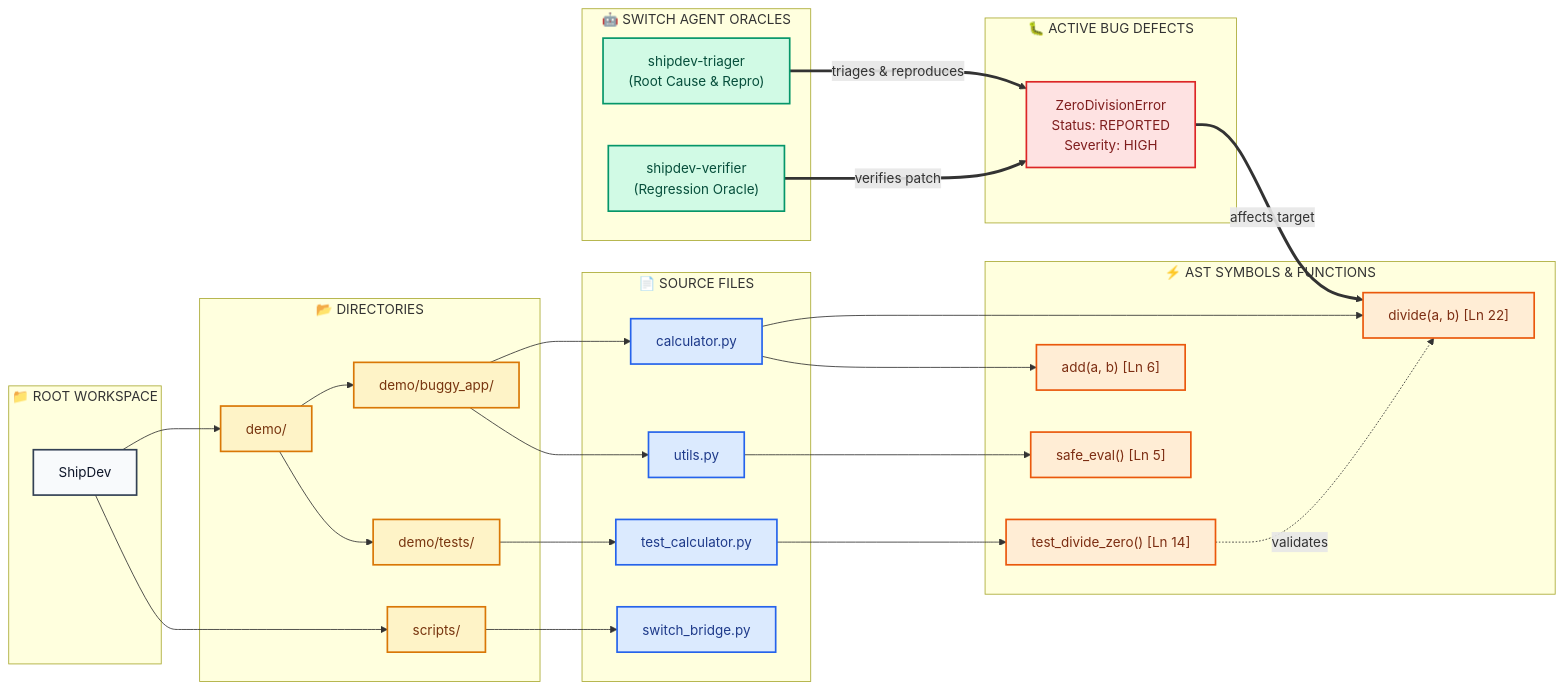
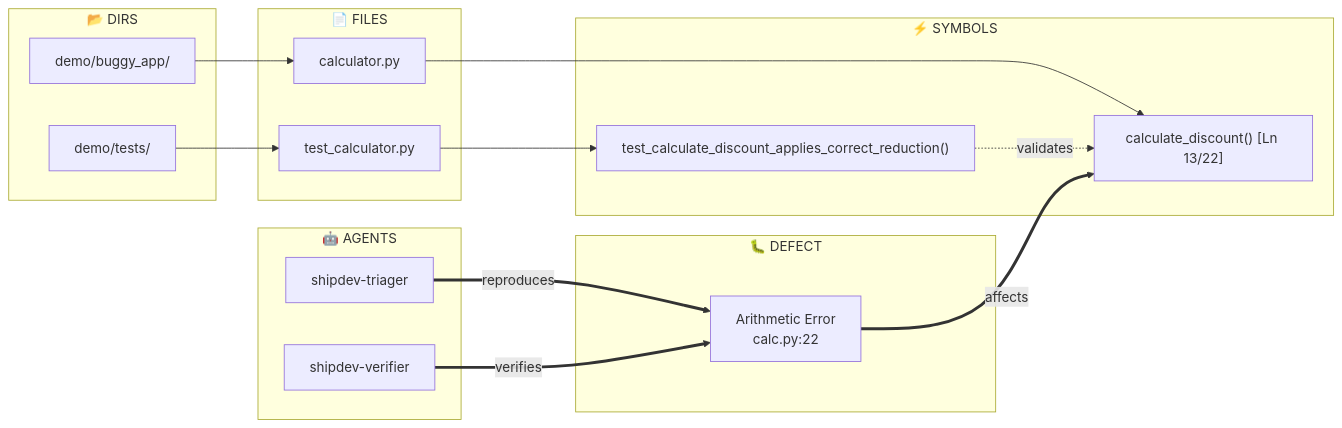
The second of 3 diagrams in README.md (prathamxeth/ShipDev), drawn with Mermaid before and after one commit. The commit also changed other lines of this file, not shown here.

Commit message:
docs: add WeMakeDevs Flip the Switch judge walkthrough to README under 2000 words

````diff
--- a/README.md
+++ b/README.md
@@ -124,71 +104,29 @@
 ```mermaid
 graph LR
-    subgraph L0["📁 ROOT WORKSPACE"]
-        ROOT["ShipDev"]
+    subgraph L1["📂 DIRS"]
+        BUGGY["demo/buggy_app/"]
+        TESTS["demo/tests/"]
+    end
+    subgraph L2["📄 FILES"]
+        CALC["calculator.py"]
+        TEST_CALC["test_calculator.py"]
+    end
+    subgraph L3["⚡ SYMBOLS"]
+        DISC["calculate_discount() [Ln 13/22]"]
+        TEST_D["test_calculate_discount_applies_correct_reduction()"]
+    end
+    subgraph L4["🐛 DEFECT"]
+        BUG1["Arithmetic Error<br/>calc.py:22"]
+    end
+    subgraph L5["🤖 AGENTS"]
+        AGENT_T["shipdev-triager"]
+        AGENT_V["shipdev-verifier"]
     end
 
-    subgraph L1["📂 DIRECTORIES"]
-        DEMO["demo/"]
-        BUGGY["demo/buggy_app/"]
-        TESTS["demo/tests/"]
-        SCRIPTS["scripts/"]
-    end
-
-    subgraph L2["📄 SOURCE FILES"]
-        CALC["calculator.py"]
-        UTILS["utils.py"]
-        TEST_CALC["test_calculator.py"]
-        BRIDGE_PY["switch_bridge.py"]
-    end
-
-    subgraph L3["⚡ AST SYMBOLS & FUNCTIONS"]
-        DIVIDE["divide(a, b) [Ln 22]"]
-        ADD["add(a, b) [Ln 6]"]
-        SAFE_EVAL["safe_eval() [Ln 5]"]
-        TEST_DIV["test_divide_zero() [Ln 14]"]
-    end
-
-    subgraph L4["🐛 ACTIVE BUG DEFECTS"]
-        BUG1["ZeroDivisionError<br/>Status: REPORTED<br/>Severity: HIGH"]
-    end
-
-    subgraph L5["🤖 SWITCH AGENT ORACLES"]
-        AGENT_T["shipdev-triager<br/>(Root Cause & Repro)"]
-        AGENT_V["shipdev-verifier<br/>(Regression Oracle)"]
-    end
-
-    ROOT --> DEMO
-    ROOT --> SCRIPTS
-    DEMO --> BUGGY
-    DEMO --> TESTS
-    
-    BUGGY --> CALC
-    BUGGY --> UTILS
-    TESTS --> TEST_CALC
-    SCRIPTS --> BRIDGE_PY
-
-    CALC --> DIVIDE
-    CALC --> ADD
-    UTILS --> SAFE_EVAL
-    TEST_CALC --> TEST_DIV
-
-    TEST_DIV -.->|"validates"| DIVIDE
-    BUG1 ==>|"affects target"| DIVIDE
-    
-    AGENT_T ==>|"triages & reproduces"| BUG1
-    AGENT_V ==>|"verifies patch"| BUG1
-
-    classDef l0 fill:#f8fafc,stroke:#334155,stroke-width:2px,color:#0f172a;
-    classDef l1 fill:#fef3c7,stroke:#d97706,stroke-width:2px,color:#78350f;
-    classDef l2 fill:#dbeafe,stroke:#2563eb,stroke-width:2px,color:#1e3a8a;
-    classDef l3 fill:#ffedd5,stroke:#ea580c,stroke-width:2px,color:#7c2d12;
-    classDef l4 fill:#fee2e2,stroke:#dc2626,stroke-width:2px,color:#7f1d1d;
-    classDef l5 fill:#d1fae5,stroke:#059669,stroke-width:2px,color:#064e3b;
-
-    class ROOT l0;
-    class DEMO,BUGGY,TESTS,SCRIPTS l1;
-    class CALC,UTILS,TEST_CALC,BRIDGE_PY l2;
-    class DIVIDE,ADD,SAFE_EVAL,TEST_DIV l3;
-    class BUG1 l4;
-    class AGENT_T,AGENT_V l5;
+    BUGGY --> CALC --> DISC
+    TESTS --> TEST_CALC --> TEST_D
+    TEST_D -.->|"validates"| DISC
+    BUG1 ==>|"affects"| DISC
+    AGENT_T ==>|"reproduces"| BUG1
+    AGENT_V ==>|"verifies"| BUG1
 ```
````
